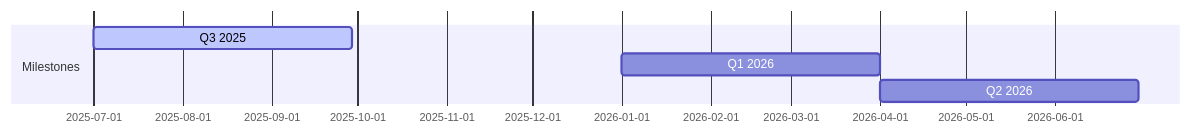
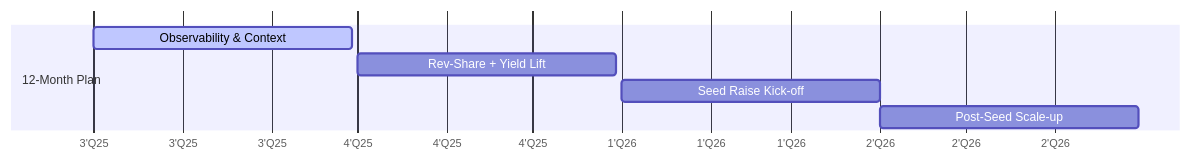
The second of 2 diagrams in operations/pitch-deck/markdown-slides/slides.md (pollinations/pollinations), drawn with Mermaid before and after one commit. The commit also changed other lines of this file, not shown here.

Commit message:
updated team and roadmap

````diff
--- a/operations/pitch-deck/markdown-slides/slides.md
+++ b/operations/pitch-deck/markdown-slides/slides.md
@@ -167,8 +167,10 @@
 ```mermaid
 gantt
-dateFormat  Q%q %Y
-section Milestones
-Q3 2025  :active, m1, 2025-07-01, 90d
-Q1 2026  :m2, 2026-01-01, 90d
-Q2 2026  :m3, 2026-04-01, 90d
+  dateFormat  Q%q %Y
+  axisFormat  %q'Q%y
+  section 12‑Month Plan
+  Observability & Context      :active, a1, 2025-07-01, 90d
+  Rev‑Share + Yield Lift      :a2, 2025-10-01, 90d
+  Seed Raise Kick‑off         :a3, 2026-01-01, 90d
+  Post‑Seed Scale‑up          :a4, 2026-04-01, 90d
 ```
````
